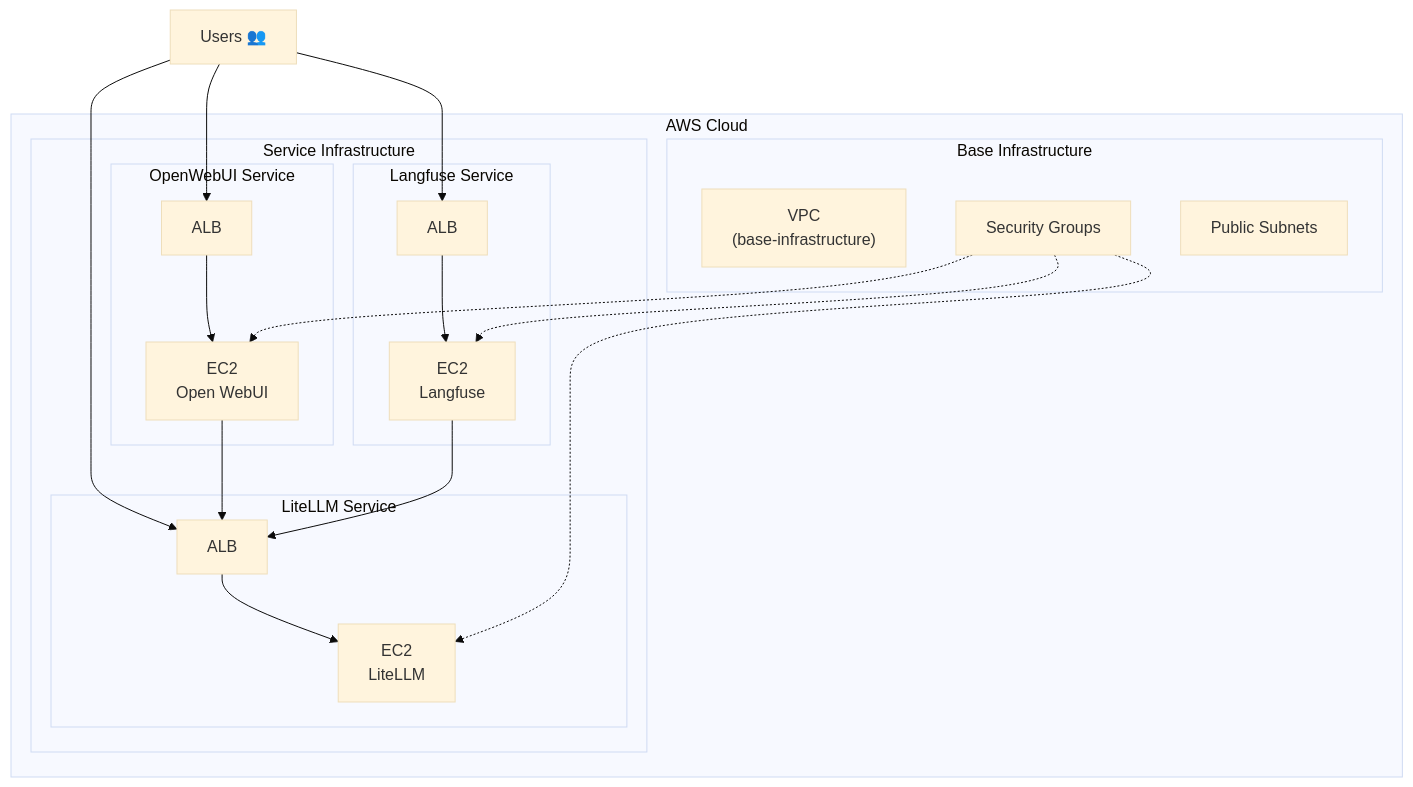
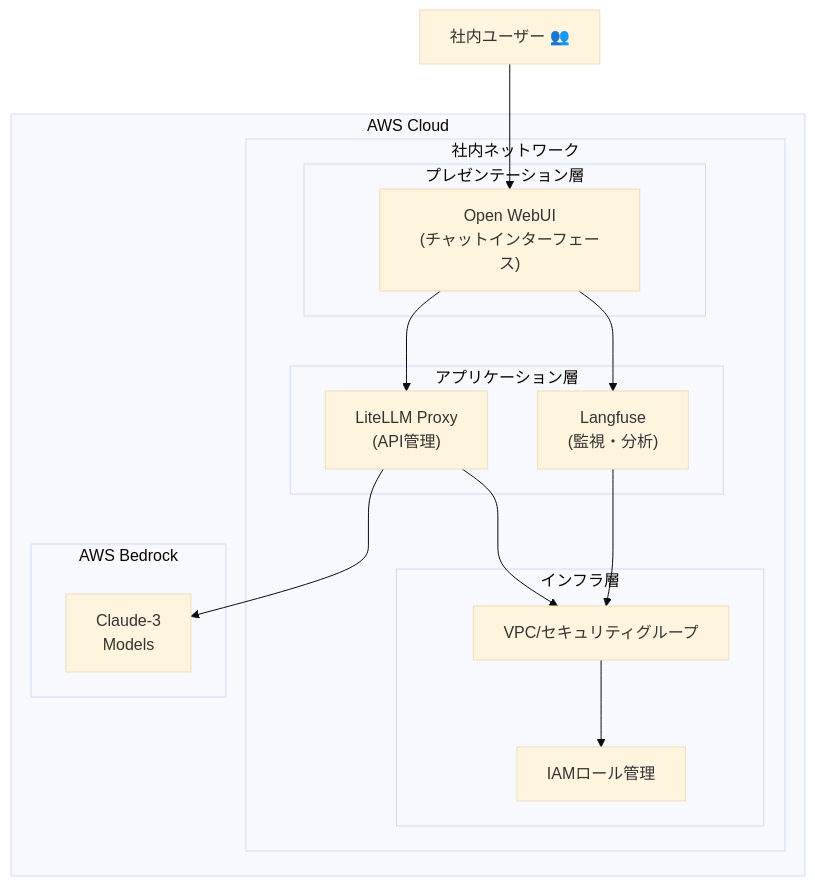
One commit to Sunwood-ai-labs/AMATERASU changed the diagram in README.md. Above: the diagram before and after it, drawn with Mermaid. The commit also changed other lines of this file, not shown here.

````diff
--- a/README.md
+++ b/README.md
@@ -61,38 +71,34 @@
 ```mermaid
 %%{init:{'theme':'base'}}%%
-
 graph TB
-    subgraph AWS Cloud
-        subgraph "Base Infrastructure"
-            VPC["VPC<br/>(base-infrastructure)"]
-            SG["Security Groups"]
-            PUBSUB["Public Subnets"]
+    subgraph "AWS Cloud"
+        subgraph "社内ネットワーク"
+            subgraph "プレゼンテーション層"
+                WebUI["Open WebUI<br/>(チャットインターフェース)"]
+            end
+            
+            subgraph "アプリケーション層"
+                LiteLLM["LiteLLM Proxy<br/>(API管理)"]
+                Langfuse["Langfuse<br/>(監視・分析)"]
+            end
+            
+            subgraph "インフラ層"
+                VPC["VPC/セキュリティグループ"]
+                IAM["IAMロール管理"]
+            end
         end
 
-        subgraph "Service Infrastructure"
-            subgraph "OpenWebUI Service"
-                ALB_UI["ALB"] --> UI_EC2["EC2<br/>Open WebUI"]
-            end
-
-            subgraph "Langfuse Service"
-                ALB_LF["ALB"] --> LF_EC2["EC2<br/>Langfuse"]
-            end
-
-            subgraph "LiteLLM Service"
-                ALB_LL["ALB"] --> LL_EC2["EC2<br/>LiteLLM"]
-            end
+        subgraph "AWS Bedrock"
+            Claude3["Claude-3<br/>Models"]
         end
+        
+        WebUI --> LiteLLM
+        WebUI --> Langfuse
+        LiteLLM --> VPC
+        Langfuse --> VPC
+        VPC --> IAM
+        LiteLLM --> Claude3
     end
 
-    Users["Users 👥"] --> ALB_UI
-    Users --> ALB_LF
-    Users --> ALB_LL
-
-    UI_EC2 --> ALB_LL
-    LF_EC2 --> ALB_LL
-
-    SG -.-> UI_EC2
-    SG -.-> LF_EC2
-    SG -.-> LL_EC2
-
+    Users["社内ユーザー 👥"] --> WebUI
 ```
````
